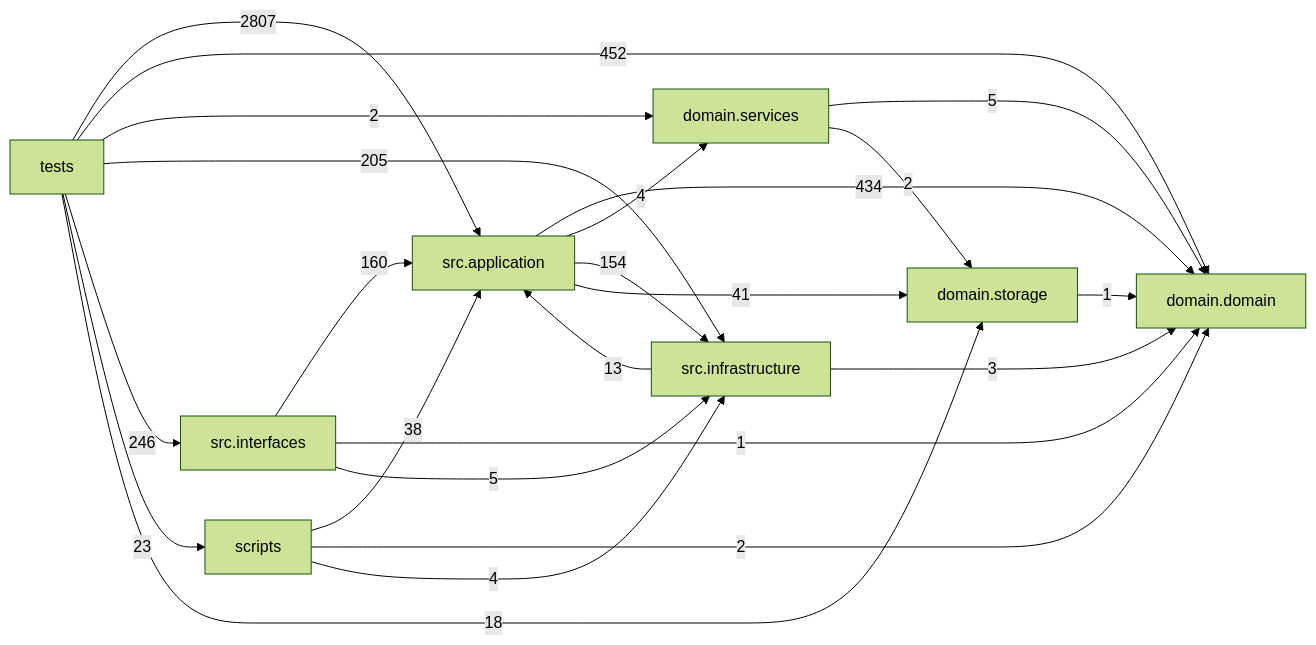
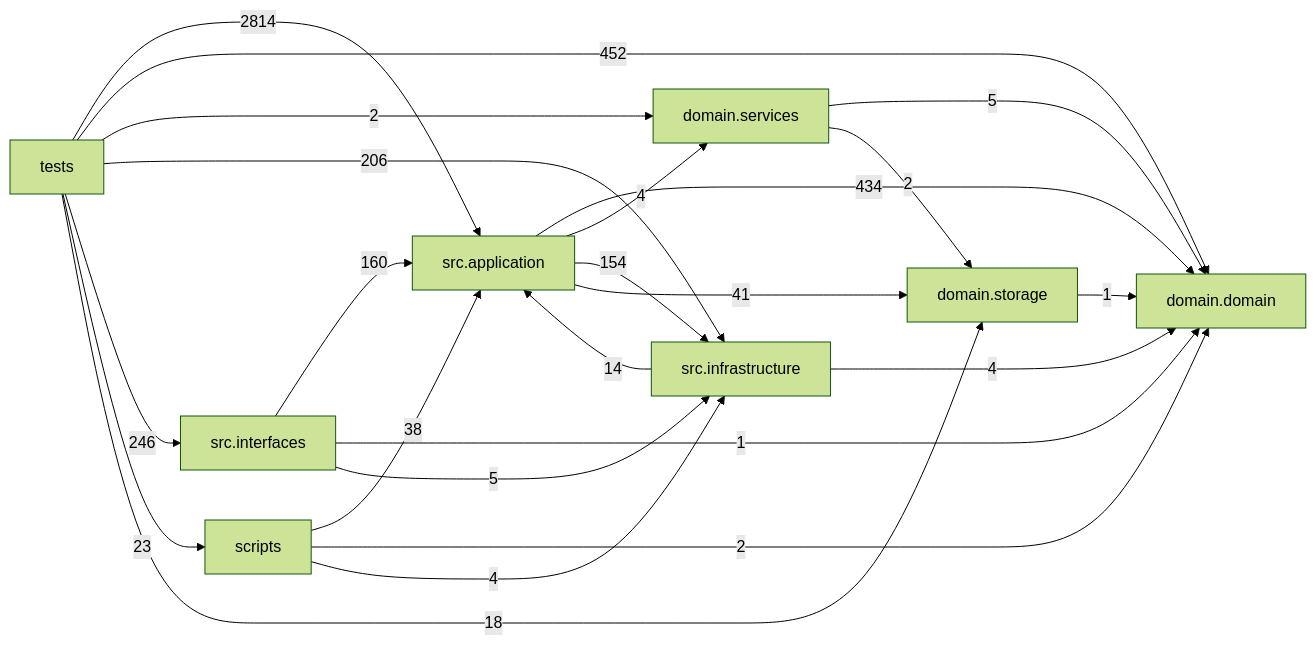
One commit to liuxie066/options-monitor changed the diagram in docs/DEPENDENCY_GRAPH.md. Above: the diagram before and after it, drawn with Mermaid (forest theme). The commit also changed other lines of this file and 17 other files, not shown here.

````diff
--- a/docs/DEPENDENCY_GRAPH.md
+++ b/docs/DEPENDENCY_GRAPH.md
@@ -24,33 +24,33 @@
 ```mermaid
 flowchart LR
   tests["tests"]
   scripts["scripts"]
   interfaces["src.interfaces"]
   application["src.application"]
   infrastructure["src.infrastructure"]
   domain_services["domain.services"]
   domain["domain.domain"]
   storage["domain.storage"]
   application -->|434| domain
   application -->|4| domain_services
   application -->|154| infrastructure
   application -->|41| storage
   domain_services -->|5| domain
   domain_services -->|2| storage
-  infrastructure -->|13| application
-  infrastructure -->|3| domain
+  infrastructure -->|14| application
+  infrastructure -->|4| domain
   interfaces -->|160| application
   interfaces -->|1| domain
   interfaces -->|5| infrastructure
   scripts -->|38| application
   scripts -->|2| domain
   scripts -->|4| infrastructure
   storage -->|1| domain
-  tests -->|2807| application
+  tests -->|2814| application
   tests -->|452| domain
   tests -->|2| domain_services
-  tests -->|205| infrastructure
+  tests -->|206| infrastructure
   tests -->|246| interfaces
   tests -->|23| scripts
   tests -->|18| storage
 ```
````
